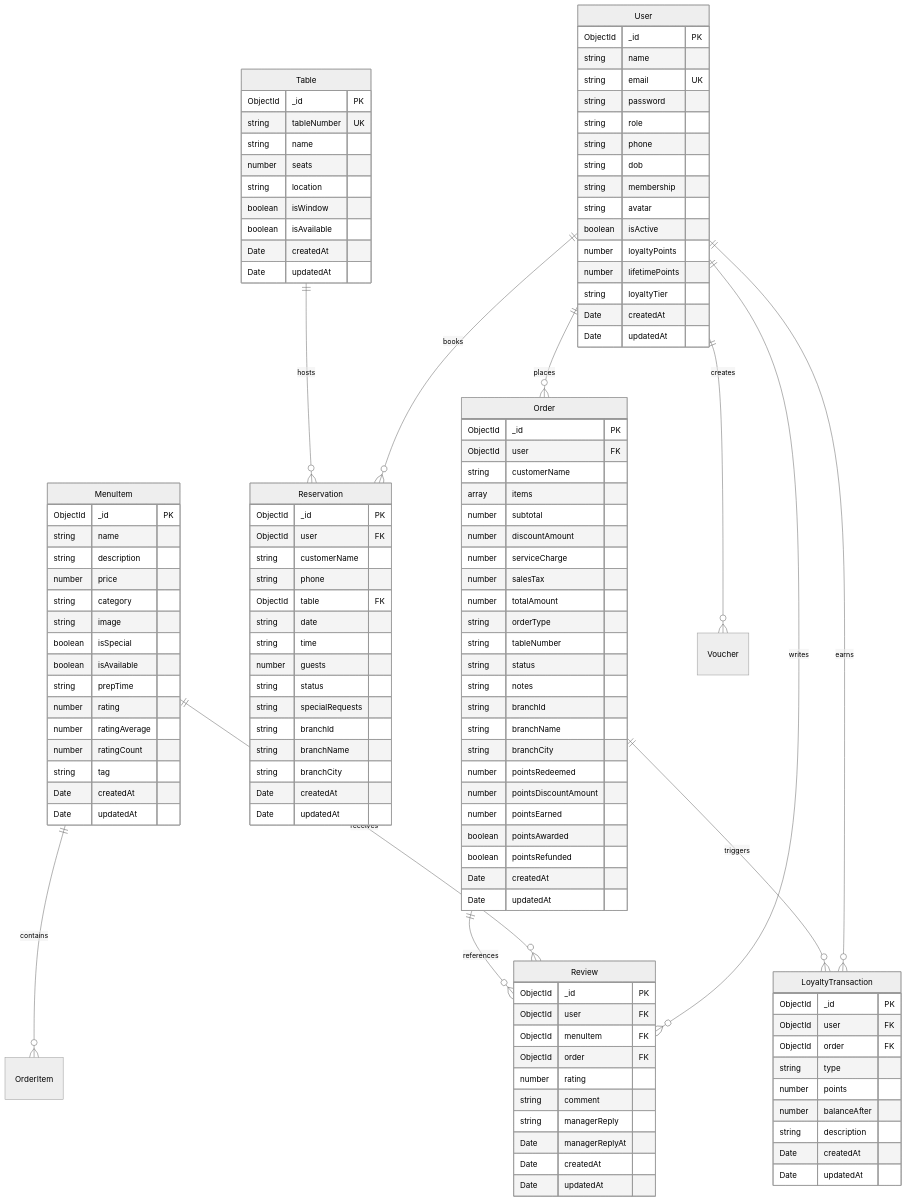
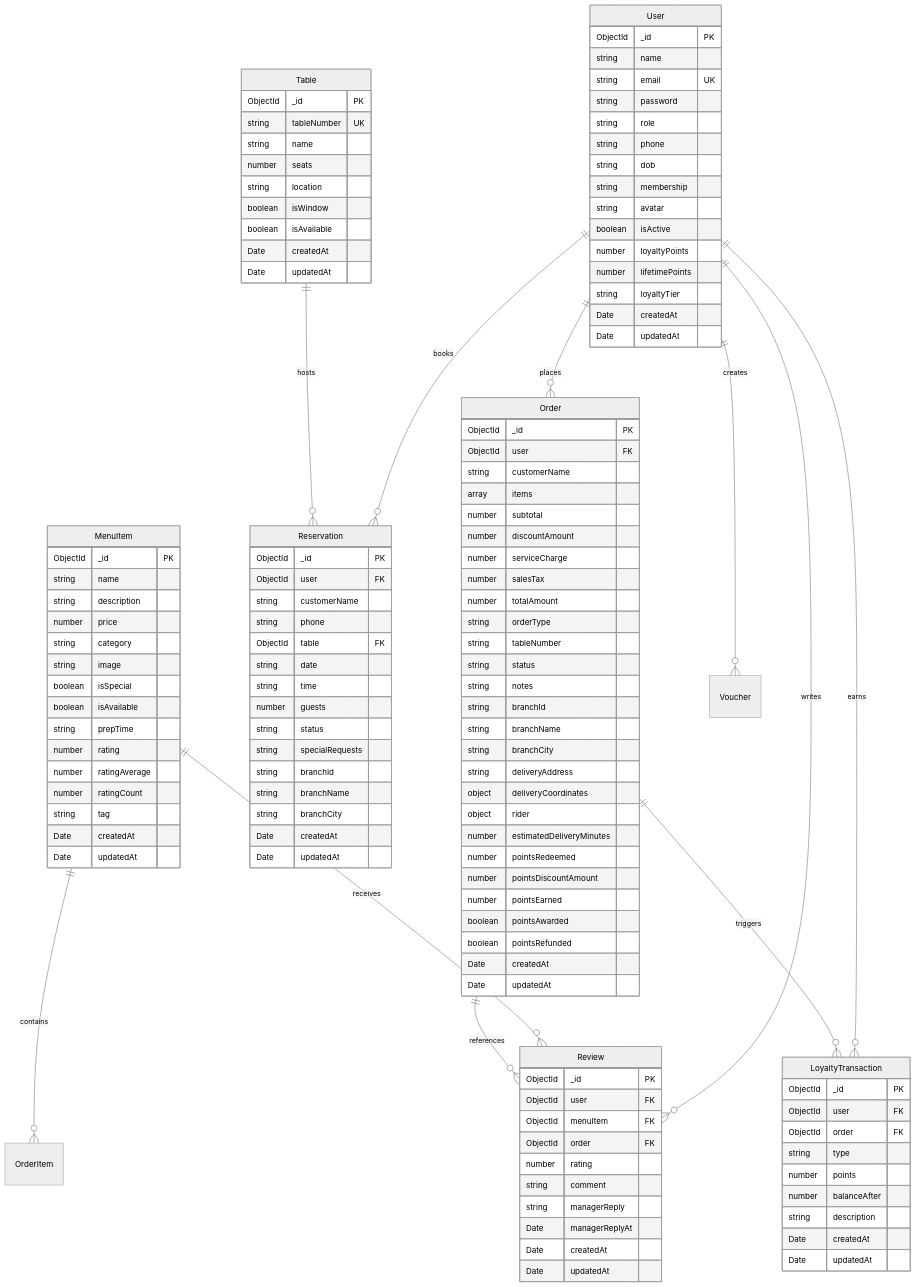
One commit to obaids093-prog/Restaurant-app-mvp changed the diagram in docs/DATABASE.md. Above: the diagram before and after it, drawn with Mermaid (neutral theme). The commit also changed other lines of this file and 20 other files, not shown here.

Commit message:
feat(tracking): implement live GPS rider tracking with animated map, telemetry, and delivery milestones

```diff
--- a/docs/DATABASE.md
+++ b/docs/DATABASE.md
@@ -122,6 +122,10 @@
         string branchId
         string branchName
         string branchCity
+        string deliveryAddress
+        object deliveryCoordinates
+        object rider
+        number estimatedDeliveryMinutes
         number pointsRedeemed
         number pointsDiscountAmount
         number pointsEarned
```
